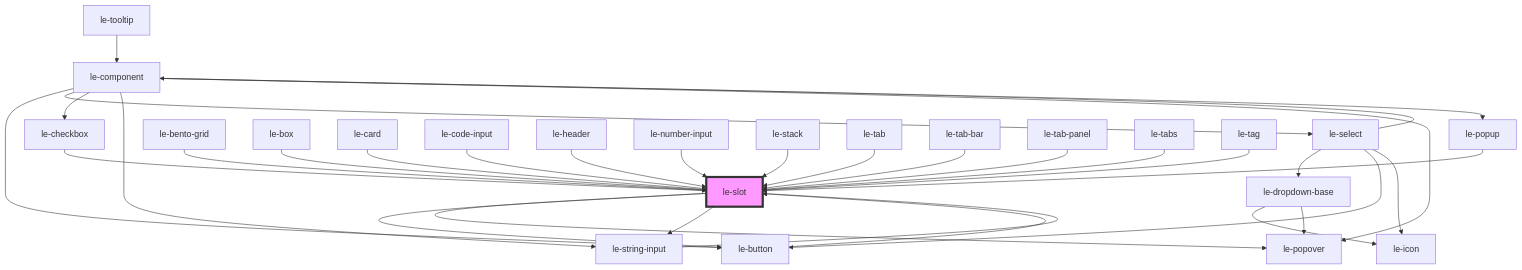
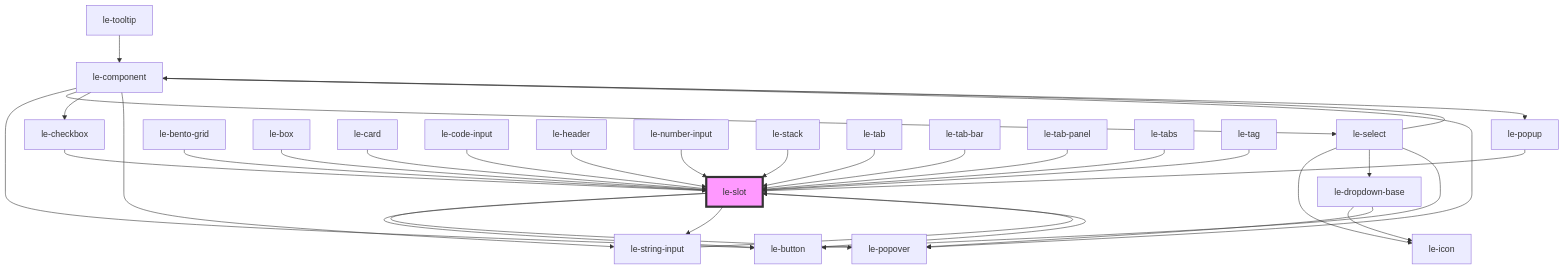
Before and after one commit to leechy/le-kit: the diagram in packages/core/src/components/le-slot/readme.md, drawn with Mermaid. The commit also changed other lines of this file and 38 other files, not shown here.

````diff
--- a/packages/core/src/components/le-slot/readme.md
+++ b/packages/core/src/components/le-slot/readme.md
@@ -75,36 +75,36 @@
 ```mermaid
 graph TD;
   le-slot --> le-popover
   le-slot --> le-button
   le-slot --> le-string-input
   le-button --> le-slot
   le-component --> le-button
   le-component --> le-select
   le-component --> le-checkbox
   le-component --> le-string-input
   le-component --> le-popover
   le-component --> le-popup
+  le-select --> le-icon
   le-select --> le-component
   le-select --> le-dropdown-base
   le-select --> le-button
-  le-select --> le-icon
   le-dropdown-base --> le-icon
   le-dropdown-base --> le-popover
   le-checkbox --> le-slot
   le-string-input --> le-slot
   le-popup --> le-slot
   le-tooltip --> le-component
   le-bento-grid --> le-slot
   le-box --> le-slot
   le-card --> le-slot
   le-code-input --> le-slot
   le-header --> le-slot
   le-number-input --> le-slot
   le-stack --> le-slot
   le-tab --> le-slot
   le-tab-bar --> le-slot
   le-tab-panel --> le-slot
   le-tabs --> le-slot
   le-tag --> le-slot
   style le-slot fill:#f9f,stroke:#333,stroke-width:4px
 ```
````
